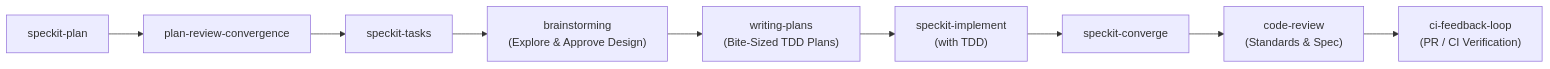
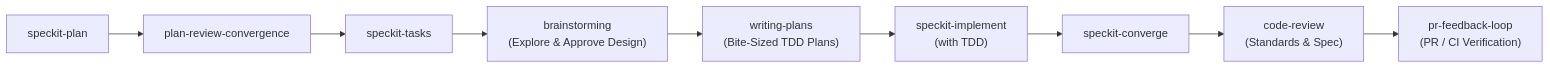
The diagram in context/workflow.md (pminhtaiii/wayfinder), drawn with Mermaid before and after one commit. The commit also changed other lines of this file and 242 other files, not shown here.

````diff
--- a/context/workflow.md
+++ b/context/workflow.md
@@ -13,11 +13,11 @@
 ```mermaid
 flowchart LR
     A["speckit-plan"] --> B["plan-review-convergence"]
     B --> C["speckit-tasks"]
     C --> D["brainstorming\n(Explore & Approve Design)"]
     D --> E["writing-plans\n(Bite-Sized TDD Plans)"]
     E --> F["speckit-implement\n(with TDD)"]
     F --> G["speckit-converge"]
     G --> H["code-review\n(Standards & Spec)"]
-    H --> I["ci-feedback-loop\n(PR / CI Verification)"]
+    H --> I["pr-feedback-loop\n(PR / CI Verification)"]
 ```
````
